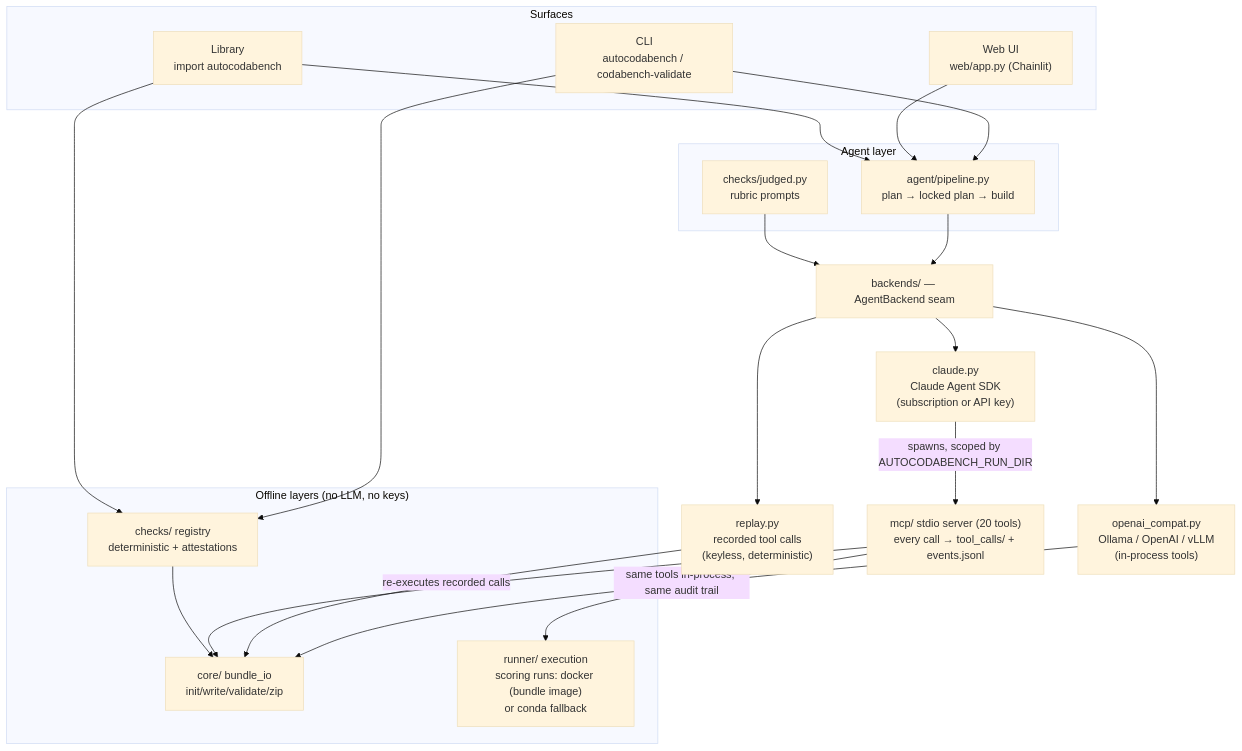
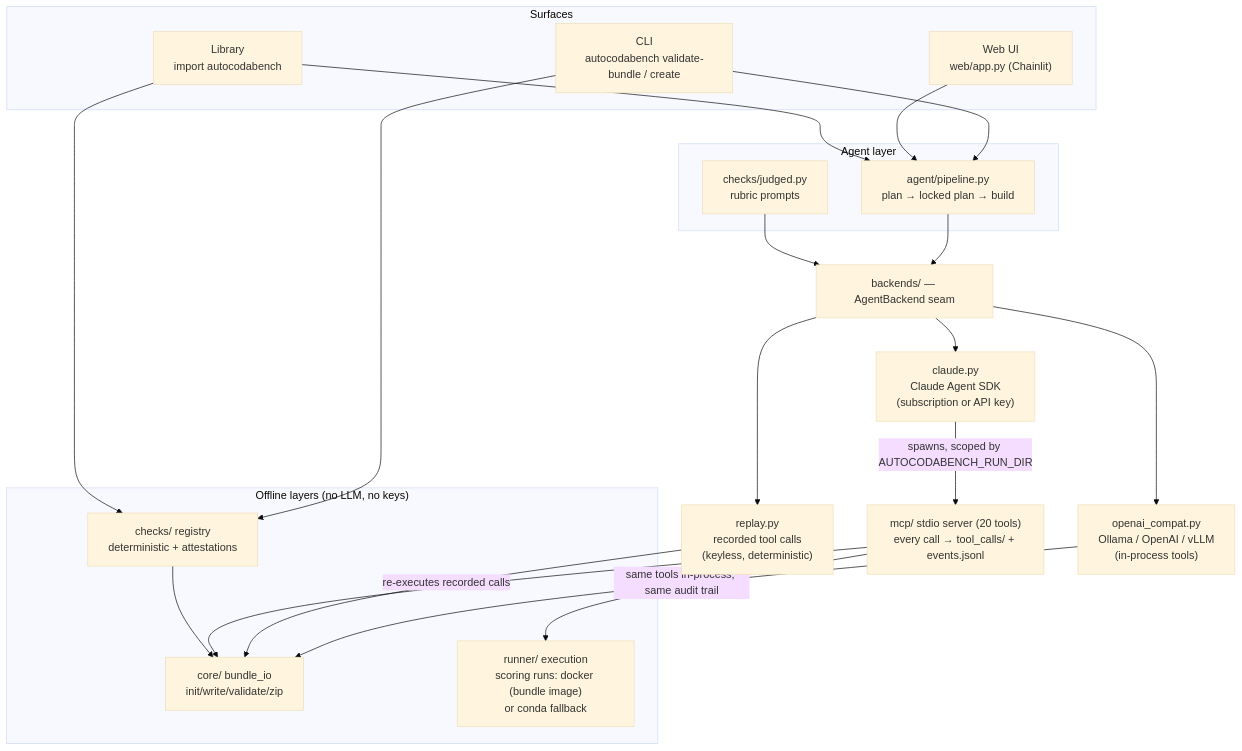
The diagram in docs/architecture.md (ihsaan-ullah/auto-codabench), drawn with Mermaid (base theme) before and after one commit. The commit also changed other lines of this file and 17 other files, not shown here.

Commit message:
update codabench-validate to autocodabench validate-bundle

````diff
--- a/docs/architecture.md
+++ b/docs/architecture.md
@@ -130,38 +130,38 @@
 ```mermaid
 flowchart TB
   subgraph surfaces["Surfaces"]
-    cli["CLI<br/>autocodabench / codabench-validate"]
+    cli["CLI<br/>autocodabench validate-bundle / create"]
     web["Web UI<br/>web/app.py (Chainlit)"]
     lib["Library<br/>import autocodabench"]
   end
 
   subgraph agentic["Agent layer"]
     pipeline["agent/pipeline.py<br/>plan → locked plan → build"]
     judged["checks/judged.py<br/>rubric prompts"]
   end
 
   seam["backends/ — AgentBackend seam"]
   claude["claude.py<br/>Claude Agent SDK<br/>(subscription or API key)"]
   oai["openai_compat.py<br/>Ollama / OpenAI / vLLM<br/>(in-process tools)"]
   replay["replay.py<br/>recorded tool calls<br/>(keyless, deterministic)"]
 
   subgraph offline["Offline layers (no LLM, no keys)"]
     checks["checks/ registry<br/>deterministic + attestations"]
     core["core/ bundle_io<br/>init/write/validate/zip"]
     runner["runner/ execution<br/>scoring runs: docker (bundle image)<br/>or conda fallback"]
   end
 
   mcp["mcp/ stdio server (20 tools)<br/>every call → tool_calls/ + events.jsonl"]
 
   cli --> pipeline & checks
   web --> pipeline
   lib --> pipeline & checks
   pipeline --> seam
   judged --> seam
   seam --> claude & oai & replay
   claude -- "spawns, scoped by AUTOCODABENCH_RUN_DIR" --> mcp
   oai -- "same tools in-process, same audit trail" --> core
   replay -- "re-executes recorded calls" --> core
   mcp --> core & runner
   checks --> core
 ```
````
